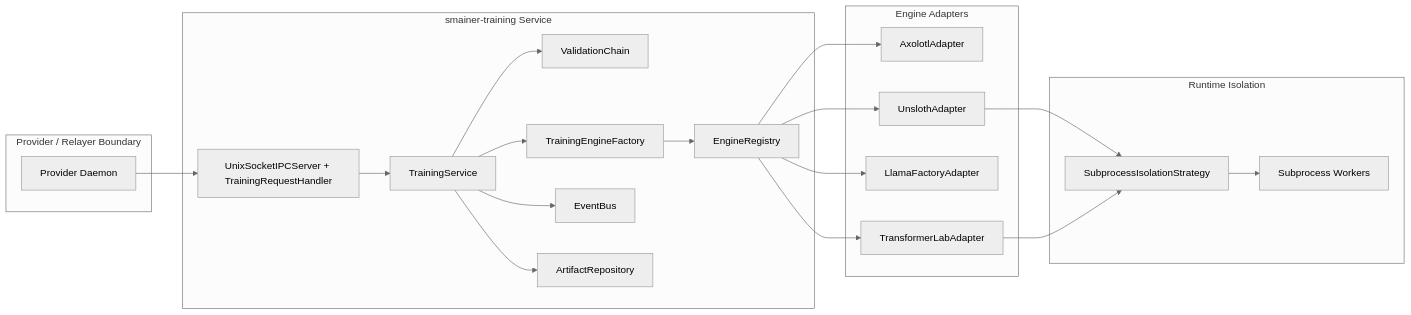
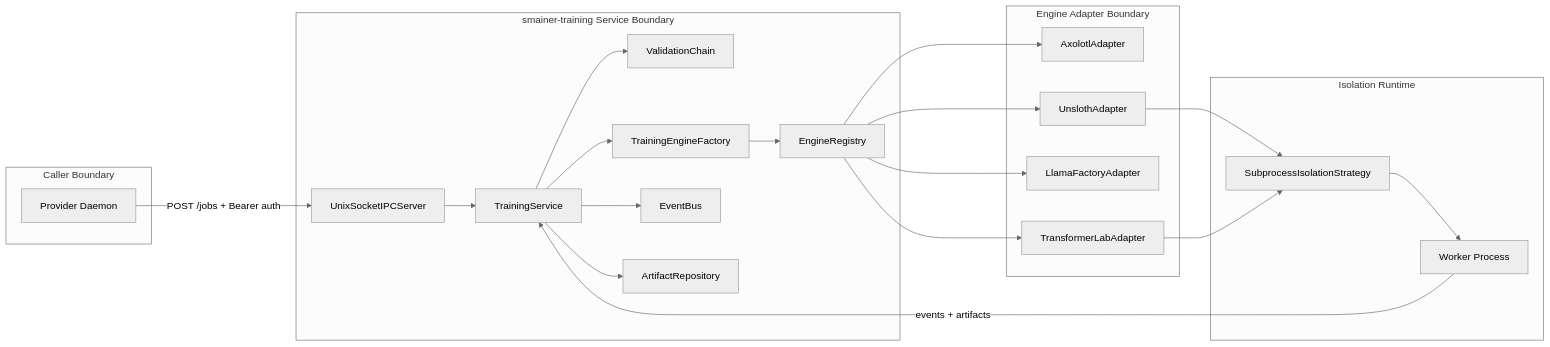
Before and after one commit to Smainer/smainer: the second of 8 diagrams in training/README.md, drawn with Mermaid (neutral theme). The commit also changed other lines of this file and 5 other files, not shown here.

Commit message:
feat(training): document pricing and harden ipc startup flow

````diff
--- a/training/README.md
+++ b/training/README.md
@@ -51,43 +96,44 @@
 ```mermaid
 flowchart LR
-  subgraph ClientBoundary[Provider / Relayer Boundary]
-    REL[Provider Daemon]
+  subgraph CallerBoundary[Caller Boundary]
+    PD[Provider Daemon]
   end
 
-  subgraph TrainingServiceBoundary[smainer-training Service]
-    IPC[UnixSocketIPCServer + TrainingRequestHandler]
+  subgraph TrainingBoundary[smainer-training Service Boundary]
+    IPC[UnixSocketIPCServer]
     SVC[TrainingService]
     VAL[ValidationChain]
     FAC[TrainingEngineFactory]
     REG[EngineRegistry]
     EV[EventBus]
     AR[ArtifactRepository]
   end
 
-  subgraph EngineBoundary[Engine Adapters]
+  subgraph AdapterBoundary[Engine Adapter Boundary]
     AX[AxolotlAdapter]
     UN[UnslothAdapter]
     LF[LlamaFactoryAdapter]
     TL[TransformerLabAdapter]
   end
 
-  subgraph RuntimeBoundary[Runtime Isolation]
+  subgraph IsolationBoundary[Isolation Runtime]
     ISO[SubprocessIsolationStrategy]
-    WRK[Subprocess Workers]
+    WRK[Worker Process]
   end
 
-  REL --> IPC
+  PD -->|POST /jobs + Bearer auth| IPC
   IPC --> SVC
   SVC --> VAL
   SVC --> FAC
   SVC --> EV
   SVC --> AR
   FAC --> REG
   REG --> AX
   REG --> UN
   REG --> LF
   REG --> TL
   UN --> ISO
   TL --> ISO
   ISO --> WRK
+  WRK -->|events + artifacts| SVC
 ```
````
